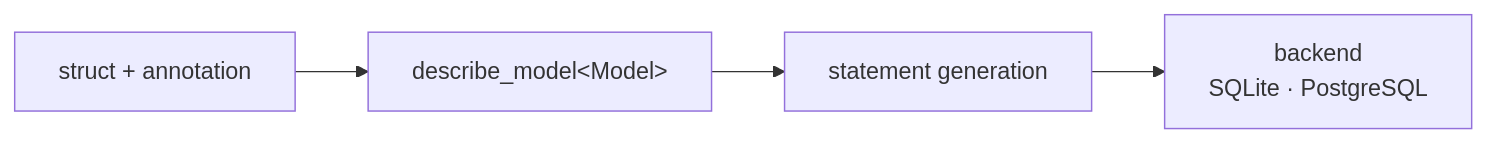
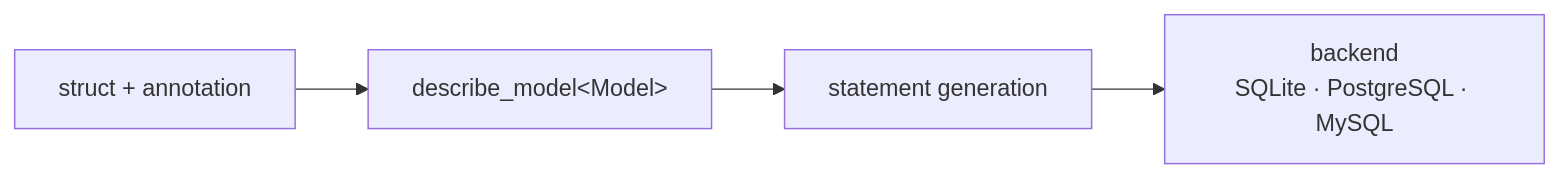
One commit to leth4lweap0n/entityfy changed the second of 3 diagrams in README.md. Above: the diagram before and after it, drawn with Mermaid. The commit also changed other lines of this file and 23 other files, not shown here.

````diff
--- a/README.md
+++ b/README.md
@@ -30,6 +30,6 @@
 ```mermaid
 flowchart LR
     model["struct + annotation"] --> describe["describe_model&lt;Model&gt;"]
     describe --> statement["statement generation"]
-    statement --> backend["backend<br/>SQLite · PostgreSQL"]
+    statement --> backend["backend<br/>SQLite · PostgreSQL · MySQL"]
 ```
````
